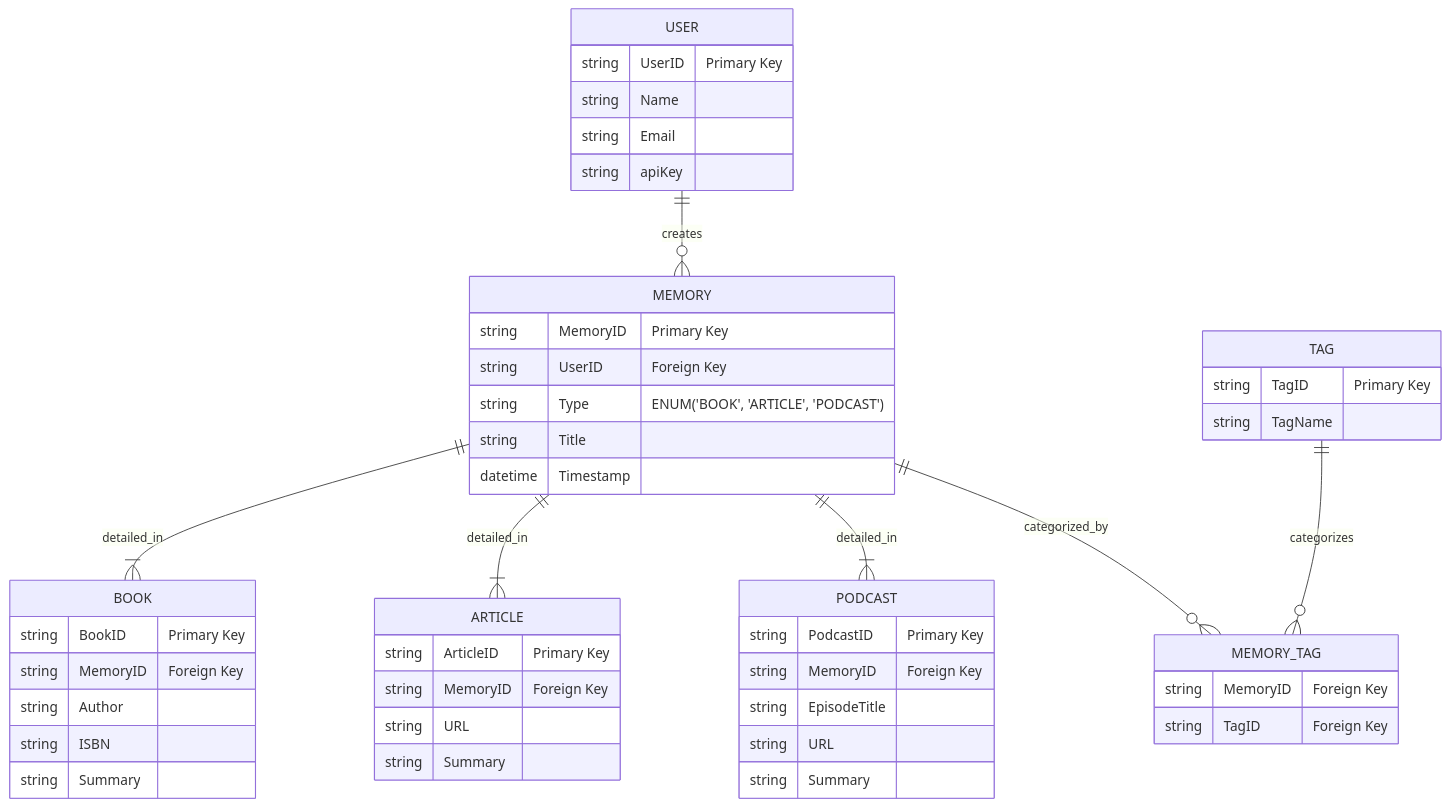
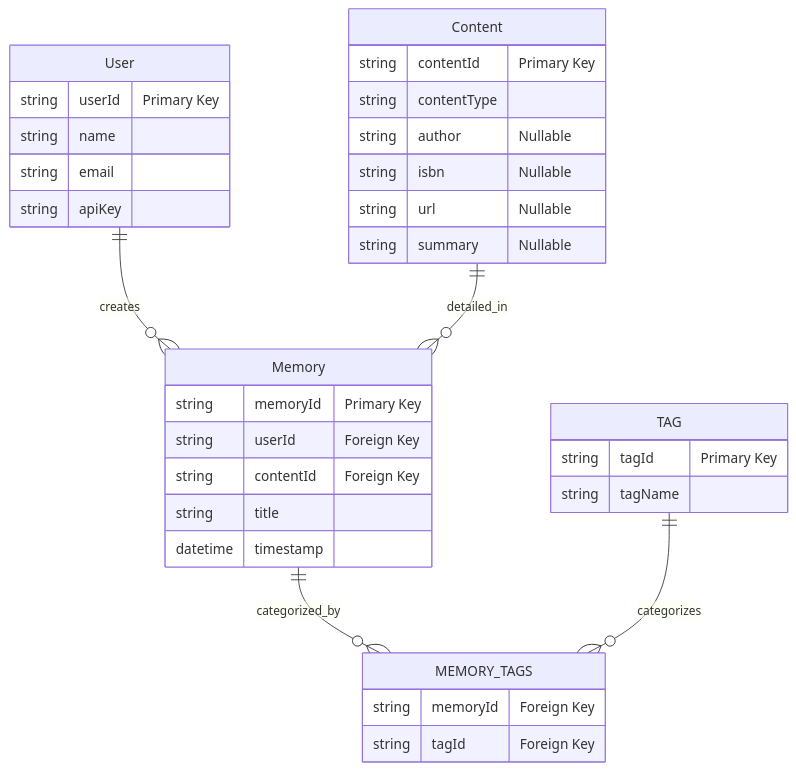
Before and after one commit to Raven-Knowledge-System/raven-api: the diagram in docs/design.md, drawn with Mermaid. The commit also changed 32 other files, not shown here.

````diff
--- a/docs/design.md
+++ b/docs/design.md
@@ -5,57 +7,41 @@
 ```mermaid
 erDiagram
-    USER {
-        string UserID "Primary Key"
-        string Name
-        string Email
+    User {
+        string userId "Primary Key"
+        string name
+        string email
         string apiKey
     }
 
-    MEMORY {
-        string MemoryID "Primary Key"
-        string UserID "Foreign Key"
-        string Type "ENUM('BOOK', 'ARTICLE', 'PODCAST')"
-        string Title
-        datetime Timestamp
+    Content {
+        string contentId "Primary Key"
+        string contentType
+        string author "Nullable"
+        string isbn "Nullable"
+        string url "Nullable"
+        string summary "Nullable"
     }
 
-    BOOK {
-        string BookID "Primary Key"
-        string MemoryID "Foreign Key"
-        string Author
-        string ISBN
-        string Summary
-    }
-
-    ARTICLE {
-        string ArticleID "Primary Key"
-        string MemoryID "Foreign Key"
-        string URL
-        string Summary
-    }
-
-    PODCAST {
-        string PodcastID "Primary Key"
-        string MemoryID "Foreign Key"
-        string EpisodeTitle
-        string URL
-        string Summary
+    Memory {
+        string memoryId "Primary Key"
+        string userId "Foreign Key"
+        string contentId "Foreign Key"
+        string title
+        datetime timestamp
     }
 
     TAG {
-        string TagID "Primary Key"
-        string TagName
+        string tagId "Primary Key"
+        string tagName
     }
 
-    MEMORY_TAG {
-        string MemoryID "Foreign Key"
-        string TagID "Foreign Key"
+    MEMORY_TAGS {
+        string memoryId "Foreign Key"
+        string tagId "Foreign Key"
     }
 
-    USER ||--o{ MEMORY : "creates"
-    MEMORY ||--|{ BOOK : "detailed_in"
-    MEMORY ||--|{ ARTICLE : "detailed_in"
-    MEMORY ||--|{ PODCAST : "detailed_in"
-    MEMORY ||--o{ MEMORY_TAG : "categorized_by"
-    TAG ||--o{ MEMORY_TAG : "categorizes"
+    User ||--o{ Memory : "creates"
+    Content ||--o{ Memory : "detailed_in"
+    Memory ||--o{ MEMORY_TAGS : "categorized_by"
+    TAG ||--o{ MEMORY_TAGS : "categorizes"
 ```
````
